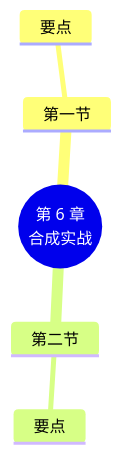
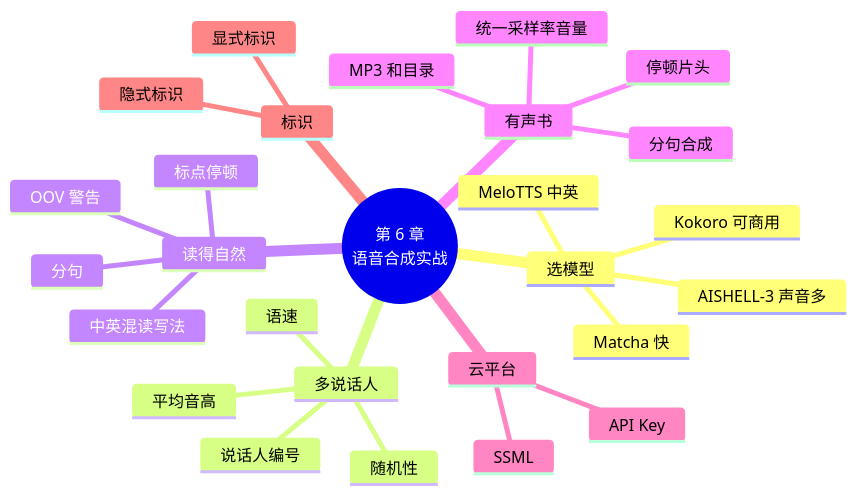
The third of 3 diagrams in docs/chapters/06-tts-practice/index.md (MingziFu9/speech-textbook), drawn with Mermaid before and after one commit. The commit also changed other lines of this file and 51 other files, not shown here.

First line of the commit message:
第 6 章 语音合成实战：多音色、中英混读、有声书（实测）、云平台与 SSML（待实测）、AI 内容标识；音色与语速调台动画；8 个术语、20 题

````diff
--- a/docs/chapters/06-tts-practice/index.md
+++ b/docs/chapters/06-tts-practice/index.md
@@ -227,8 +821,30 @@
 ```mermaid
 mindmap
-  root((第 6 章<br/>合成实战))
-    第一节
-      要点
-    第二节
-      要点
+  root((第 6 章<br/>语音合成实战))
+    选模型
+      Matcha 快
+      AISHELL-3 声音多
+      MeloTTS 中英
+      Kokoro 可商用
+    多说话人
+      说话人编号
+      语速
+      平均音高
+      随机性
+    读得自然
+      标点停顿
+      分句
+      OOV 警告
+      中英混读写法
+    有声书
+      分句合成
+      统一采样率音量
+      停顿片头
+      MP3 和目录
+    云平台
+      API Key
+      SSML
+    标识
+      显式标识
+      隐式标识
 ```
````
